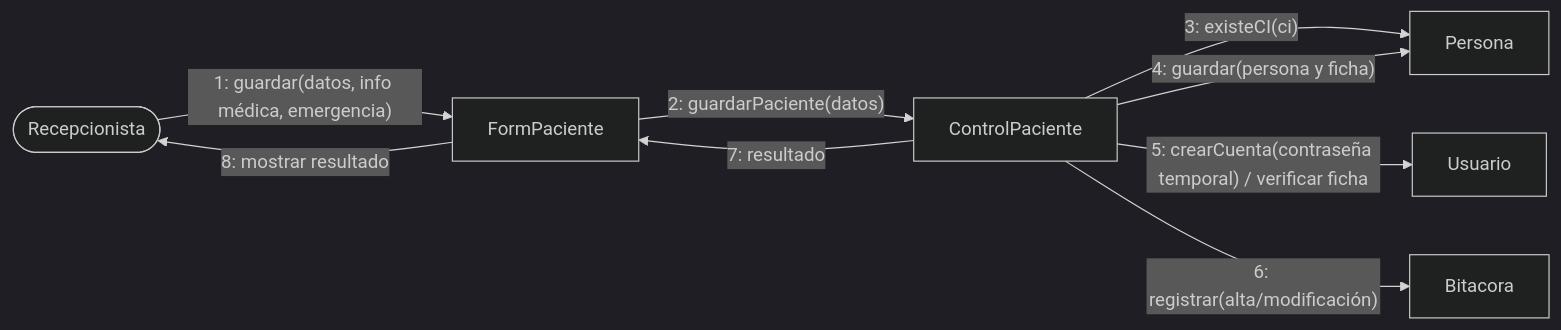
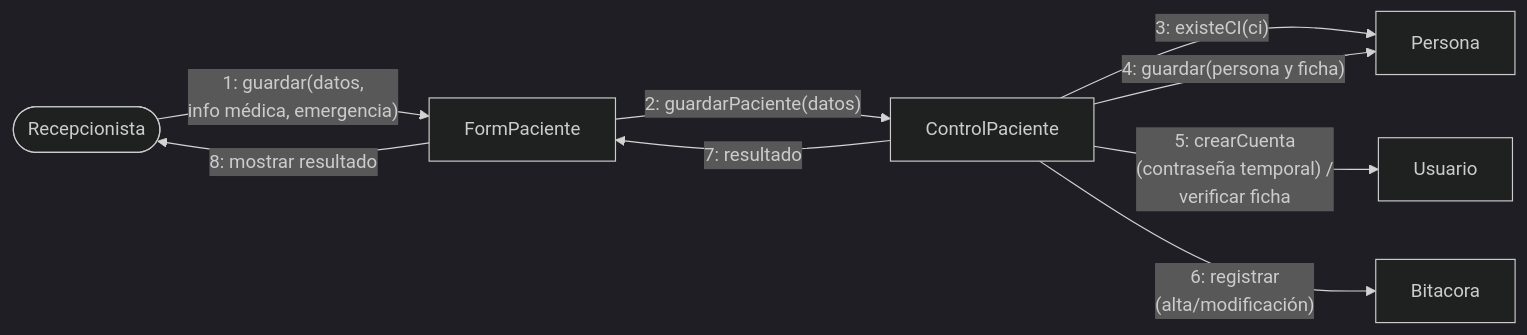
The seventh of 15 diagrams in documento/Informe-Final.md (Einarpd26/2do-examen-ing-requisitos), drawn with Mermaid (dark theme) before and after one commit. The commit also changed other lines of this file, not shown here.

Commit message:
docs(diagramas): corregir etiquetas cortadas y saltos de linea en los diagramas Mermaid y ajustar el ancho de los de secuencia

````diff
--- a/documento/Informe-Final.md
+++ b/documento/Informe-Final.md
@@ -924,11 +927,11 @@
 ```mermaid
 flowchart LR
-    R([Recepcionista]) -- "1: guardar(datos, info médica, emergencia)" --> B[FormPaciente]
+    R([Recepcionista]) -- "1: guardar(datos,<br/>info médica, emergencia)" --> B[FormPaciente]
     B -- "2: guardarPaciente(datos)" --> C[ControlPaciente]
     C -- "3: existeCI(ci)" --> P[Persona]
     C -- "4: guardar(persona y ficha)" --> P
-    C -- "5: crearCuenta(contraseña temporal) / verificar ficha" --> U[Usuario]
-    C -- "6: registrar(alta/modificación)" --> L[Bitacora]
+    C -- "5: crearCuenta<br/>(contraseña temporal) /<br/>verificar ficha" --> U[Usuario]
+    C -- "6: registrar<br/>(alta/modificación)" --> L[Bitacora]
     C -- "7: resultado" --> B
     B -- "8: mostrar resultado" --> R
 ```
````
